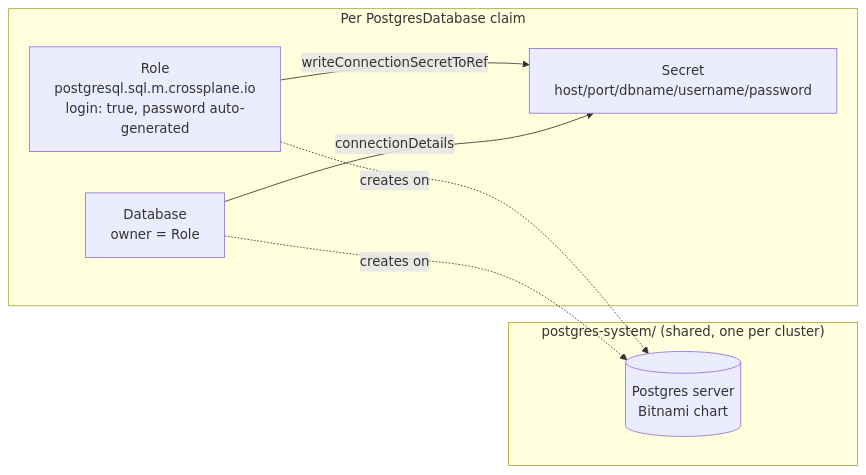
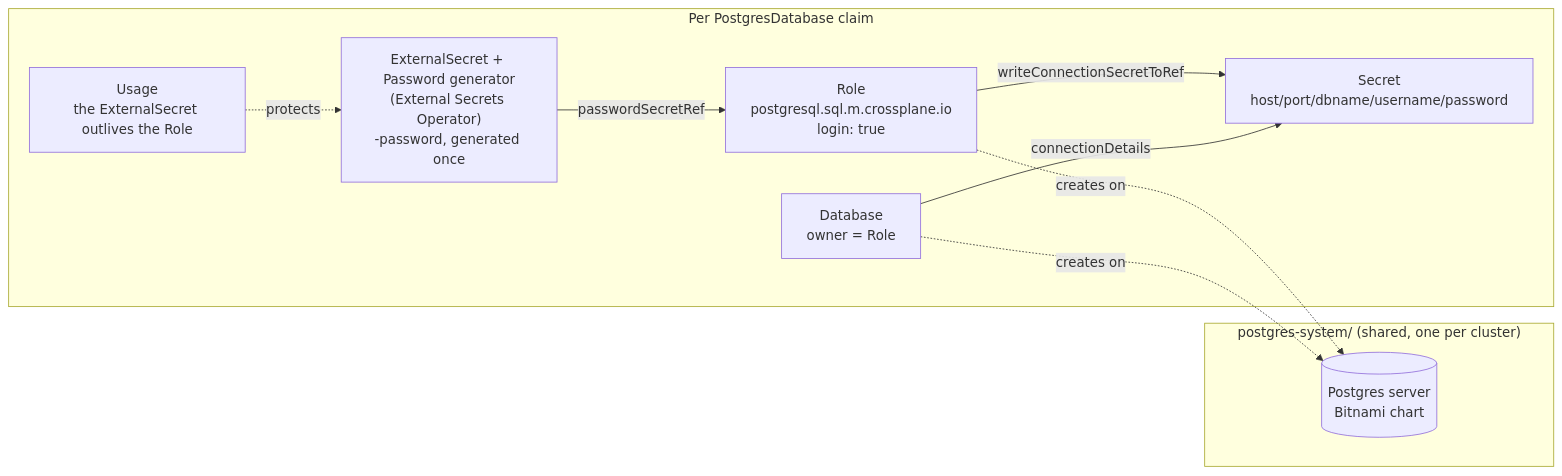
Before and after one commit to idPlatformKit/Orchestrator: the diagram in docs/compositions/postgres-database.md, drawn with Mermaid. The commit also changed other lines of this file and 4 other files, not shown here.

````diff
--- a/docs/compositions/postgres-database.md
+++ b/docs/compositions/postgres-database.md
@@ -20,15 +21,19 @@
 ```mermaid
 flowchart LR
     subgraph shared["postgres-system/ (shared, one per cluster)"]
         PG[(Postgres server\nBitnami chart)]
     end
     subgraph perclaim["Per PostgresDatabase claim"]
-        Role["Role\npostgresql.sql.m.crossplane.io\nlogin: true, password auto-generated"]
+        Gen["ExternalSecret + Password generator\n(External Secrets Operator)\n<name>-password, generated once"]
+        Role["Role\npostgresql.sql.m.crossplane.io\nlogin: true"]
         DB["Database\nowner = Role"]
         Secret["Secret\nhost/port/dbname/username/password"]
+        Usage["Usage\nthe ExternalSecret outlives the Role"]
     end
+    Gen -->|passwordSecretRef| Role
+    Usage -.protects.-> Gen
     Role -->|writeConnectionSecretToRef| Secret
     DB -->|connectionDetails| Secret
     Role -.creates on.-> PG
     DB -.creates on.-> PG
 ```
````
